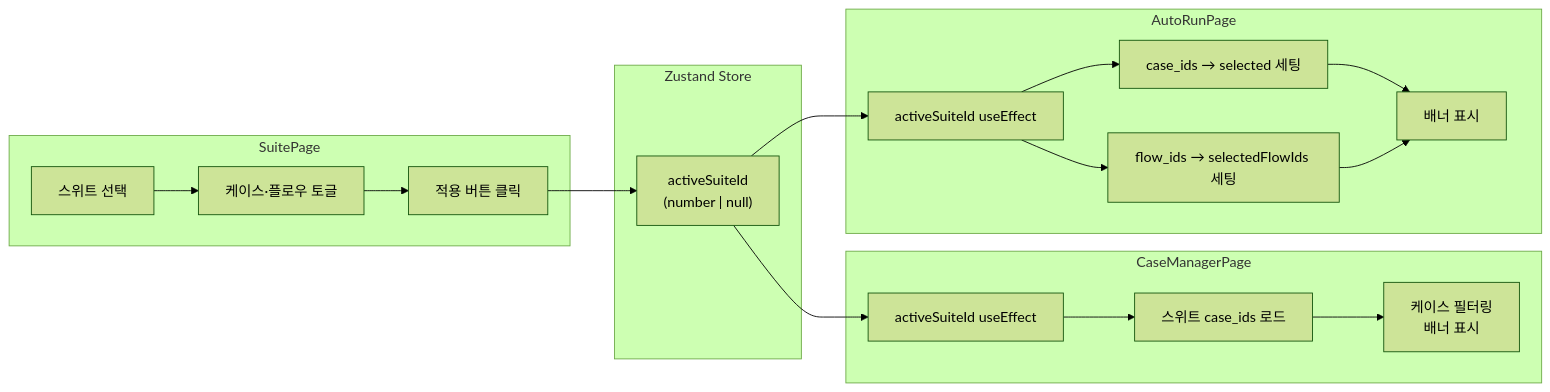
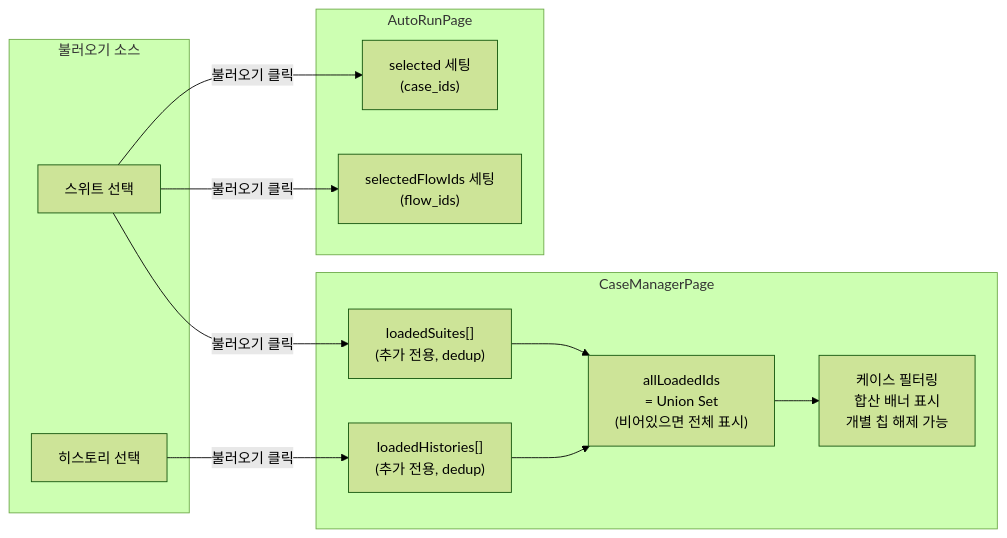
The eighth of 10 diagrams in docs/서비스플로우.md (KIMjongYoun1/QASingle), drawn with Mermaid (forest theme) before and after one commit. The commit also changed other lines of this file and 10 other files, not shown here.

First line of the commit message:
feat: Postman 표준 API 설정, Assertions, Suite 케이스 직접 관리

````diff
--- a/docs/서비스플로우.md
+++ b/docs/서비스플로우.md
@@ -214,32 +216,25 @@
 ```mermaid
 flowchart LR
-    subgraph SuitePage
-        S1[스위트 선택]
-        S2[케이스·플로우 토글]
-        S3[적용 버튼 클릭]
-        S1 --> S2 --> S3
-    end
-
-    subgraph ZustandStore["Zustand Store"]
-        Z1["activeSuiteId\n(number | null)"]
+    subgraph Sources["불러오기 소스"]
+        SU[스위트 선택]
+        HI[히스토리 선택]
     end
 
     subgraph CaseManagerPage
-        C1[activeSuiteId useEffect]
-        C2[스위트 case_ids 로드]
-        C3[케이스 필터링\n배너 표시]
-        C1 --> C2 --> C3
+        L1["loadedSuites[]\n(추가 전용, dedup)"]
+        L2["loadedHistories[]\n(추가 전용, dedup)"]
+        UNION["allLoadedIds\n= Union Set\n(비어있으면 전체 표시)"]
+        FILTER[케이스 필터링\n합산 배너 표시\n개별 칩 해제 가능]
+        L1 & L2 --> UNION --> FILTER
     end
 
     subgraph AutoRunPage
-        A1[activeSuiteId useEffect]
-        A2[case_ids → selected 세팅]
-        A3[flow_ids → selectedFlowIds 세팅]
-        A4[배너 표시]
-        A1 --> A2 & A3 --> A4
+        A1["selected 세팅\n(case_ids)"]
+        A2["selectedFlowIds 세팅\n(flow_ids)"]
     end
 
-    S3 --> Z1
-    Z1 --> C1
-    Z1 --> A1
+    SU -->|불러오기 클릭| L1
+    SU -->|불러오기 클릭| A1
+    SU -->|불러오기 클릭| A2
+    HI -->|불러오기 클릭| L2
 ```
````
